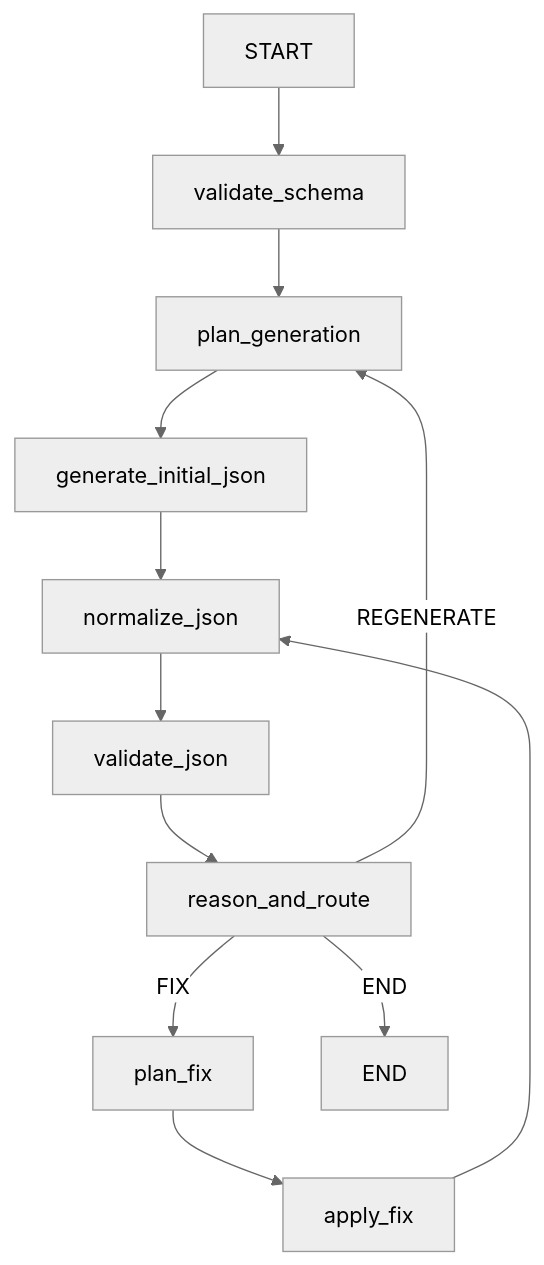
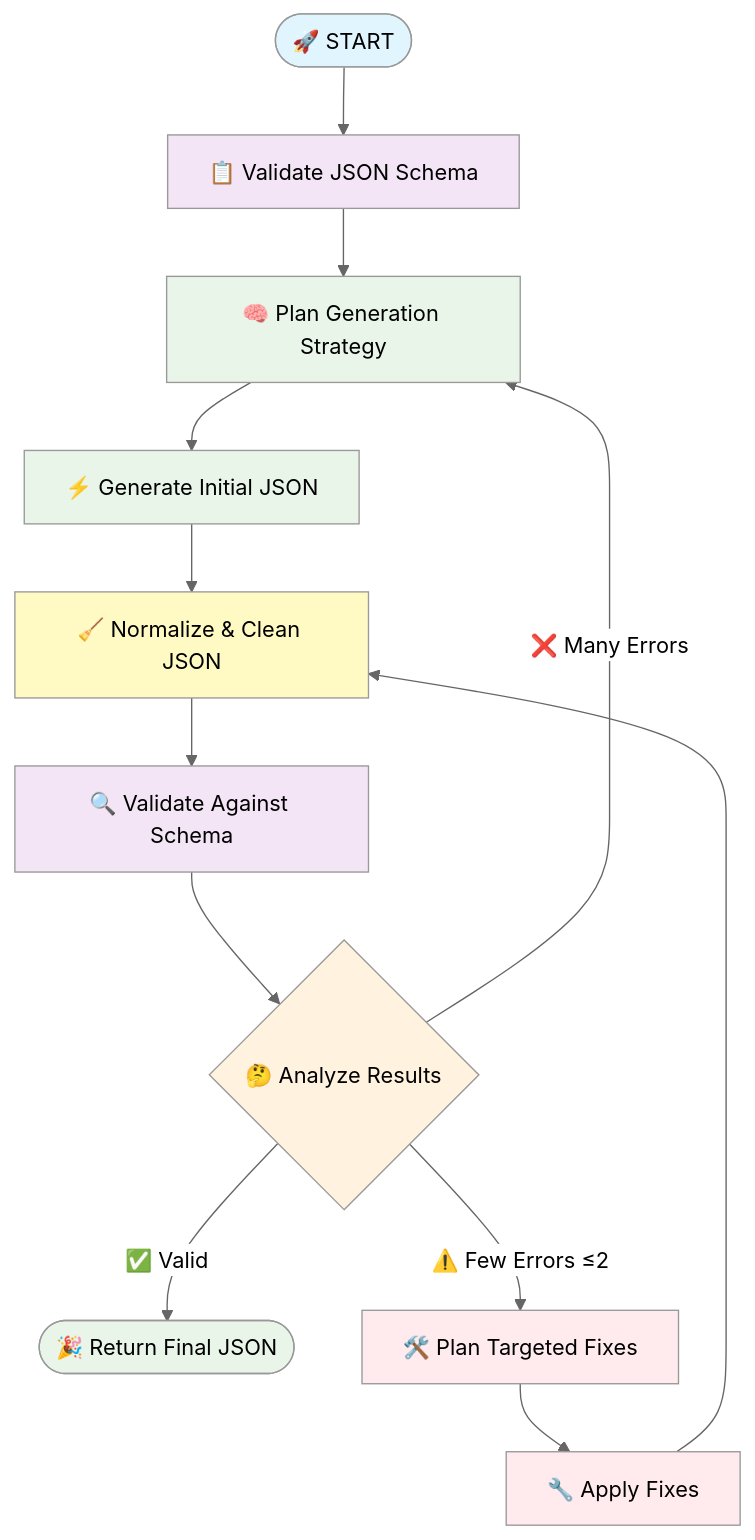
The diagram in README.md (ai-qa-solutions/ai-test-data-generation), drawn with Mermaid (neutral theme) before and after one commit. The commit also changed other lines of this file and 2 other files, not shown here.

First line of the commit message:
heuristic analyze refactoring; temporally removed from AgentState

````diff
--- a/README.md
+++ b/README.md
@@ -6,14 +25,27 @@
 ```mermaid
 graph TD
-  START --> validate_schema
-  validate_schema --> plan_generation
-  plan_generation --> generate_initial_json
-  generate_initial_json --> normalize_json
-  normalize_json --> validate_json
-  validate_json --> reason_and_route
-  reason_and_route -- FIX --> plan_fix
-  reason_and_route -- REGENERATE --> plan_generation
-  reason_and_route -- END --> END
-  plan_fix --> apply_fix
-  apply_fix --> normalize_json
+    START([🚀 START]) --> validate_schema[📋 Validate JSON Schema]
+    validate_schema --> plan_generation[🧠 Plan Generation Strategy]
+    plan_generation --> generate_initial_json[⚡ Generate Initial JSON]
+    generate_initial_json --> normalize_json[🧹 Normalize & Clean JSON]
+    normalize_json --> validate_json[🔍 Validate Against Schema]
+    validate_json --> reason_and_route{🤔 Analyze Results}
+    
+    reason_and_route -->|✅ Valid| END([🎉 Return Final JSON])
+    reason_and_route -->|⚠️ Few Errors ≤2| plan_fix[🛠️ Plan Targeted Fixes]
+    reason_and_route -->|❌ Many Errors| plan_generation
+    
+    plan_fix --> apply_fix[🔧 Apply Fixes]
+    apply_fix --> normalize_json
+    
+    style START fill:#e1f5fe
+    style END fill:#e8f5e8
+    style reason_and_route fill:#fff3e0
+    style validate_schema fill:#f3e5f5
+    style plan_generation fill:#e8f5e8
+    style generate_initial_json fill:#e8f5e8
+    style normalize_json fill:#fff9c4
+    style validate_json fill:#f3e5f5
+    style plan_fix fill:#ffebee
+    style apply_fix fill:#ffebee
 ```
````
